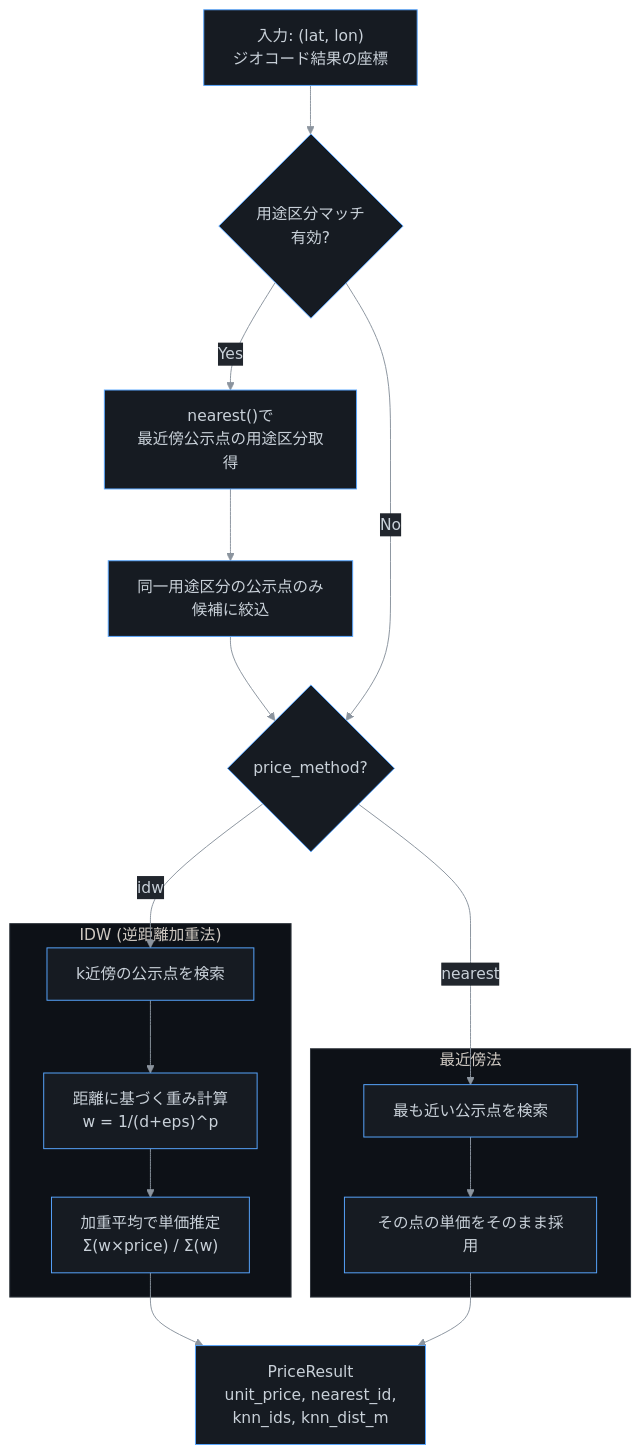
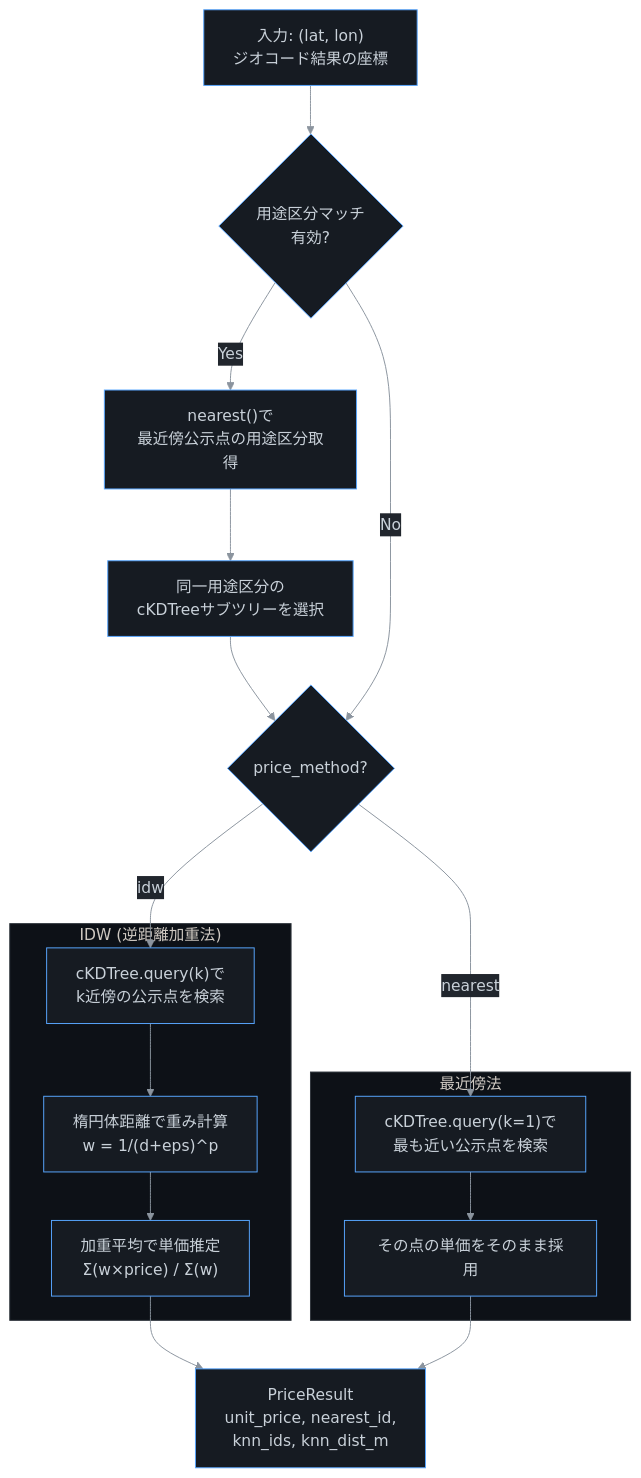
One commit to expgolemclone/land_value_research changed the fifth of 12 diagrams in docs/ARCHITECTURE.md. Above: the diagram before and after it, drawn with Mermaid. The commit also changed other lines of this file and 2 other files, not shown here.

````diff
--- a/docs/ARCHITECTURE.md
+++ b/docs/ARCHITECTURE.md
@@ -272,30 +274,30 @@
 ```mermaid
 %%{init: {"theme":"base","themeVariables":{"background":"#0d1117","primaryColor":"#161b22","primaryTextColor":"#c9d1d9","primaryBorderColor":"#58a6ff","secondaryColor":"#21262d","tertiaryColor":"#30363d","lineColor":"#8b949e","clusterBkg":"#0d1117","clusterBorder":"#30363d"}}}%%
 flowchart TD
     INPUT["入力: (lat, lon)<br>ジオコード結果の座標"]
 
     LU{"用途区分マッチ<br>有効?"}
     SEED["nearest()で<br>最近傍公示点の用途区分取得"]
-    FILTER["同一用途区分の公示点のみ<br>候補に絞込"]
+    FILTER["同一用途区分の<br>cKDTreeサブツリーを選択"]
 
     METHOD{"price_method?"}
 
     subgraph IDW["IDW (逆距離加重法)"]
-        IDW1["k近傍の公示点を検索"]
-        IDW2["距離に基づく重み計算<br>w = 1/(d+eps)^p"]
+        IDW1["cKDTree.query(k)で<br>k近傍の公示点を検索"]
+        IDW2["楕円体距離で重み計算<br>w = 1/(d+eps)^p"]
         IDW3["加重平均で単価推定<br>Σ(w×price) / Σ(w)"]
     end
 
     subgraph NEAR["最近傍法"]
-        N1["最も近い公示点を検索"]
+        N1["cKDTree.query(k=1)で<br>最も近い公示点を検索"]
         N2["その点の単価をそのまま採用"]
     end
 
     RESULT["PriceResult<br>unit_price, nearest_id,<br>knn_ids, knn_dist_m"]
 
     INPUT --> LU
     LU -->|Yes| SEED --> FILTER --> METHOD
     LU -->|No| METHOD
     METHOD -->|idw| IDW1 --> IDW2 --> IDW3 --> RESULT
     METHOD -->|nearest| N1 --> N2 --> RESULT
 ```
````
